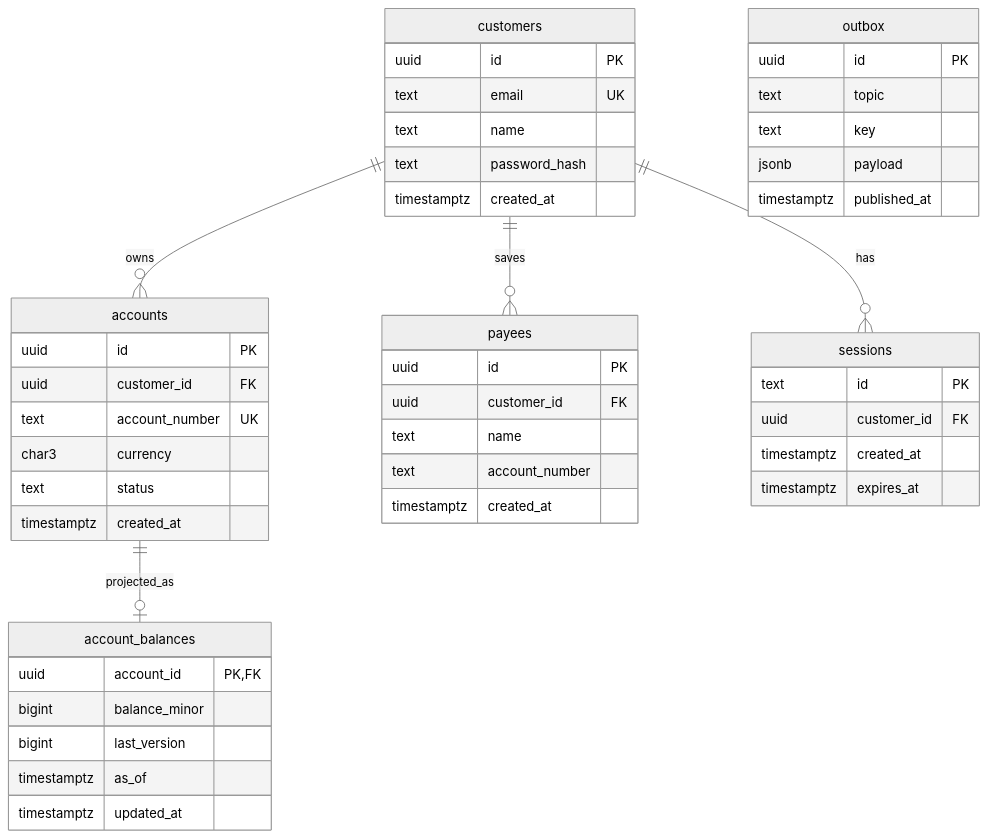
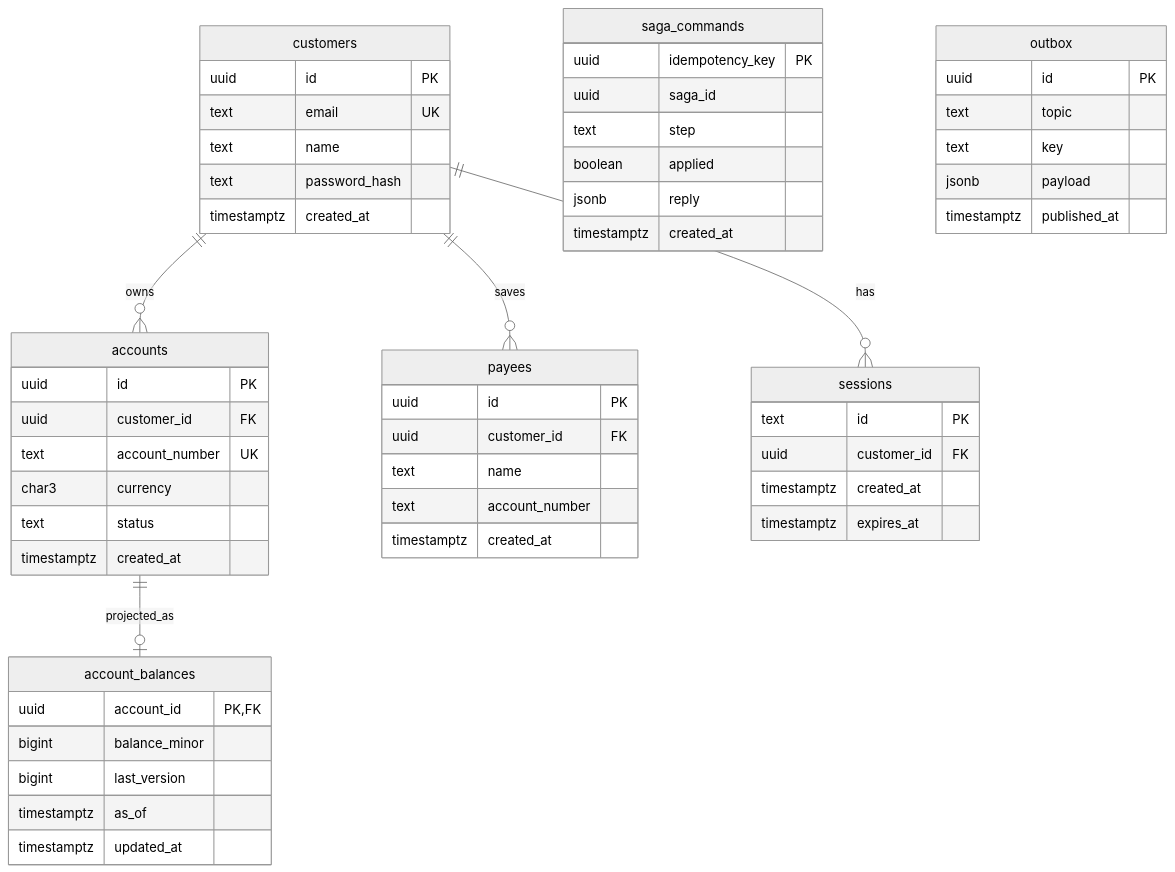
One commit to GodwinJacobR/mock-bank changed the diagram in specs/accounts/002-schema.md. Above: the diagram before and after it, drawn with Mermaid (neutral theme). The commit also changed other lines of this file and 2 other files, not shown here.

Commit message:
Add saga_commands schema and align undo step naming

````diff
--- a/specs/accounts/002-schema.md
+++ b/specs/accounts/002-schema.md
@@ -22,49 +22,57 @@
 ```mermaid
 erDiagram
   customers ||--o{ accounts : owns
   customers ||--o{ payees : saves
   customers ||--o{ sessions : has
   accounts ||--o| account_balances : projected_as
   customers {
     uuid id PK
     text email UK
     text name
     text password_hash
     timestamptz created_at
   }
   accounts {
     uuid id PK
     uuid customer_id FK
     text account_number UK
     char3 currency
     text status
     timestamptz created_at
   }
   payees {
     uuid id PK
     uuid customer_id FK
     text name
     text account_number
     timestamptz created_at
   }
   sessions {
     text id PK
     uuid customer_id FK
     timestamptz created_at
     timestamptz expires_at
   }
   account_balances {
     uuid account_id PK,FK
     bigint balance_minor
     bigint last_version
     timestamptz as_of
     timestamptz updated_at
   }
+  saga_commands {
+    uuid idempotency_key PK
+    uuid saga_id
+    text step
+    boolean applied
+    jsonb reply
+    timestamptz created_at
+  }
   outbox {
     uuid id PK
     text topic
     text key
     jsonb payload
     timestamptz published_at
   }
 ```
````
